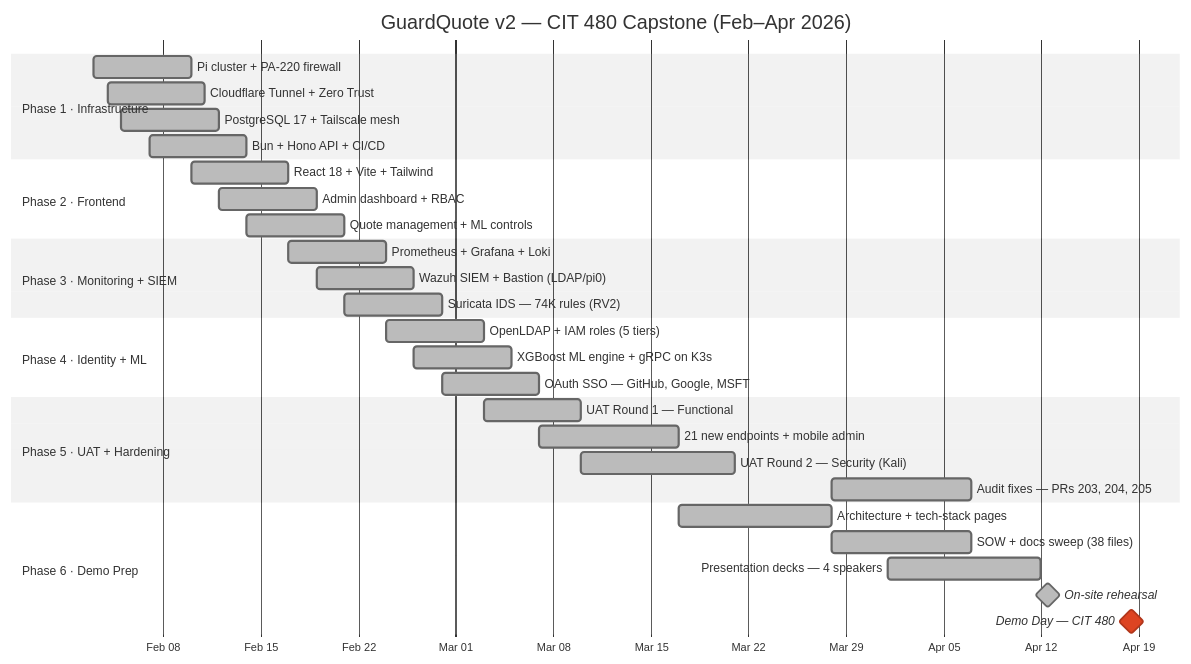
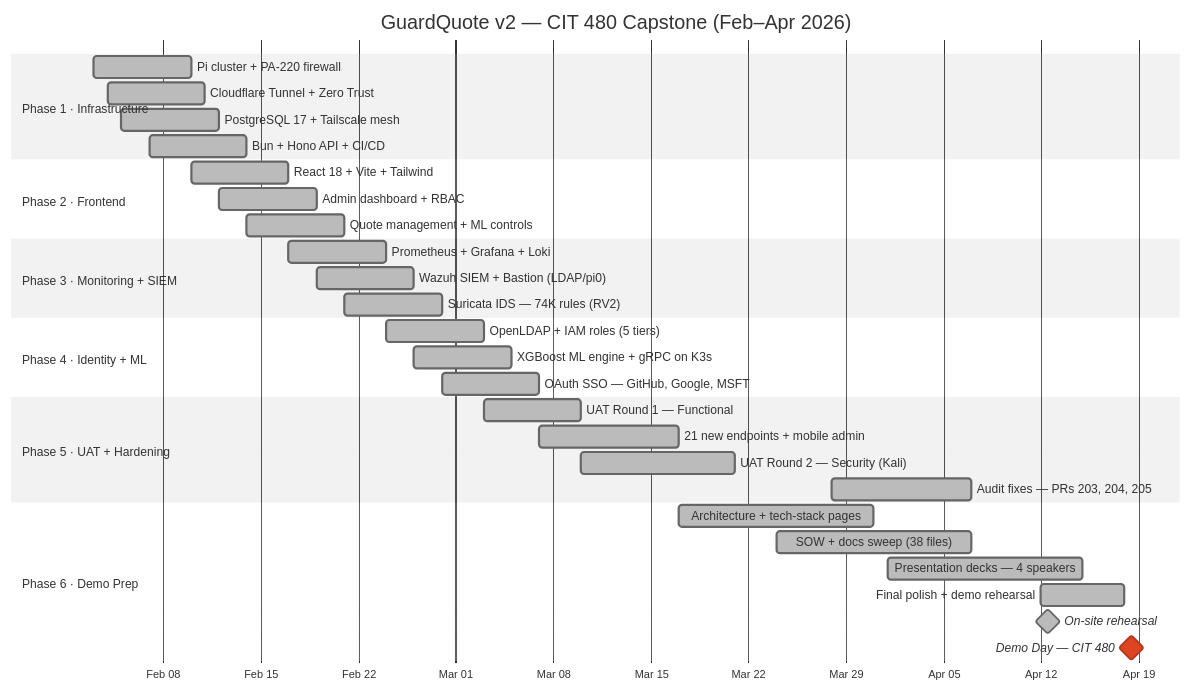
One commit to jag18729/guard-quote changed the diagram in docs/SPRINT-SCHEDULE.md. Above: the diagram before and after it, drawn with Mermaid (neutral theme).

Commit message:
docs(gantt): flush Phase 6 bars — overlap tasks, extend to demo day (#225)

````diff
--- a/docs/SPRINT-SCHEDULE.md
+++ b/docs/SPRINT-SCHEDULE.md
@@ -7,40 +7,41 @@
 ```mermaid
 gantt
     title GuardQuote v2 — CIT 480 Capstone (Feb–Apr 2026)
     dateFormat YYYY-MM-DD
     axisFormat %b %d
 
     section Phase 1 · Infrastructure
     Pi cluster + PA-220 firewall        :done, 2026-02-03, 2026-02-10
     Cloudflare Tunnel + Zero Trust      :done, 2026-02-04, 2026-02-11
     PostgreSQL 17 + Tailscale mesh      :done, 2026-02-05, 2026-02-12
     Bun + Hono API + CI/CD              :done, 2026-02-07, 2026-02-14
 
     section Phase 2 · Frontend
     React 18 + Vite + Tailwind          :done, 2026-02-10, 2026-02-17
     Admin dashboard + RBAC              :done, 2026-02-12, 2026-02-19
     Quote management + ML controls      :done, 2026-02-14, 2026-02-21
 
     section Phase 3 · Monitoring + SIEM
     Prometheus + Grafana + Loki         :done, 2026-02-17, 2026-02-24
     Wazuh SIEM + Bastion (LDAP/pi0)     :done, 2026-02-19, 2026-02-26
     Suricata IDS — 74K rules (RV2)      :done, 2026-02-21, 2026-02-28
 
     section Phase 4 · Identity + ML
     OpenLDAP + IAM roles (5 tiers)      :done, 2026-02-24, 2026-03-03
     XGBoost ML engine + gRPC on K3s     :done, 2026-02-26, 2026-03-05
     OAuth SSO — GitHub, Google, MSFT    :done, 2026-02-28, 2026-03-07
 
     section Phase 5 · UAT + Hardening
     UAT Round 1 — Functional            :done, 2026-03-03, 2026-03-10
     21 new endpoints + mobile admin     :done, 2026-03-07, 2026-03-17
     UAT Round 2 — Security (Kali)       :done, 2026-03-10, 2026-03-21
     Audit fixes — PRs 203, 204, 205     :done, 2026-03-28, 2026-04-07
 
     section Phase 6 · Demo Prep
-    Architecture + tech-stack pages     :done, 2026-03-17, 2026-03-28
-    SOW + docs sweep (38 files)         :done, 2026-03-28, 2026-04-07
-    Presentation decks — 4 speakers     :done, 2026-04-01, 2026-04-12
+    Architecture + tech-stack pages     :done, 2026-03-17, 2026-03-31
+    SOW + docs sweep (38 files)         :done, 2026-03-24, 2026-04-07
+    Presentation decks — 4 speakers     :done, 2026-04-01, 2026-04-15
+    Final polish + demo rehearsal       :done, 2026-04-12, 2026-04-18
     On-site rehearsal                   :milestone, done, 2026-04-12, 1d
     Demo Day — CIT 480                  :milestone, crit, 2026-04-18, 1d
 ```
````
